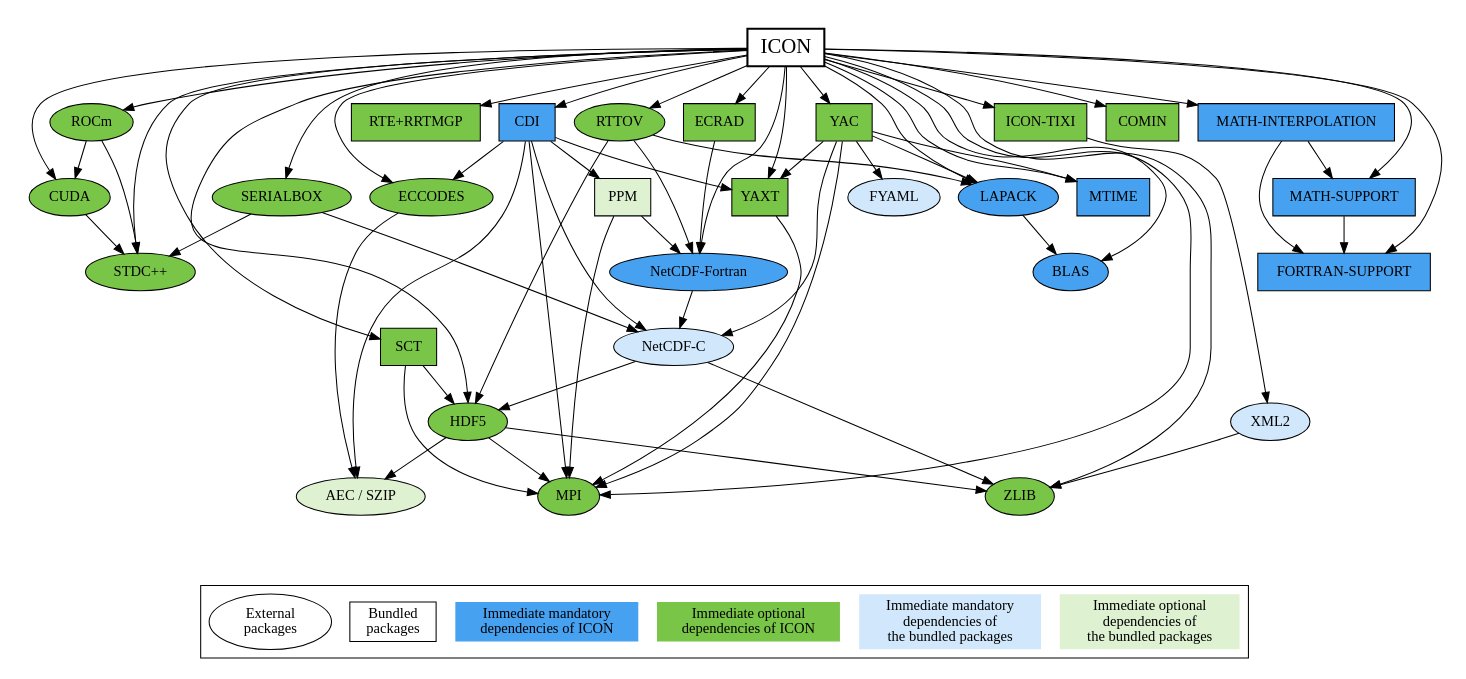
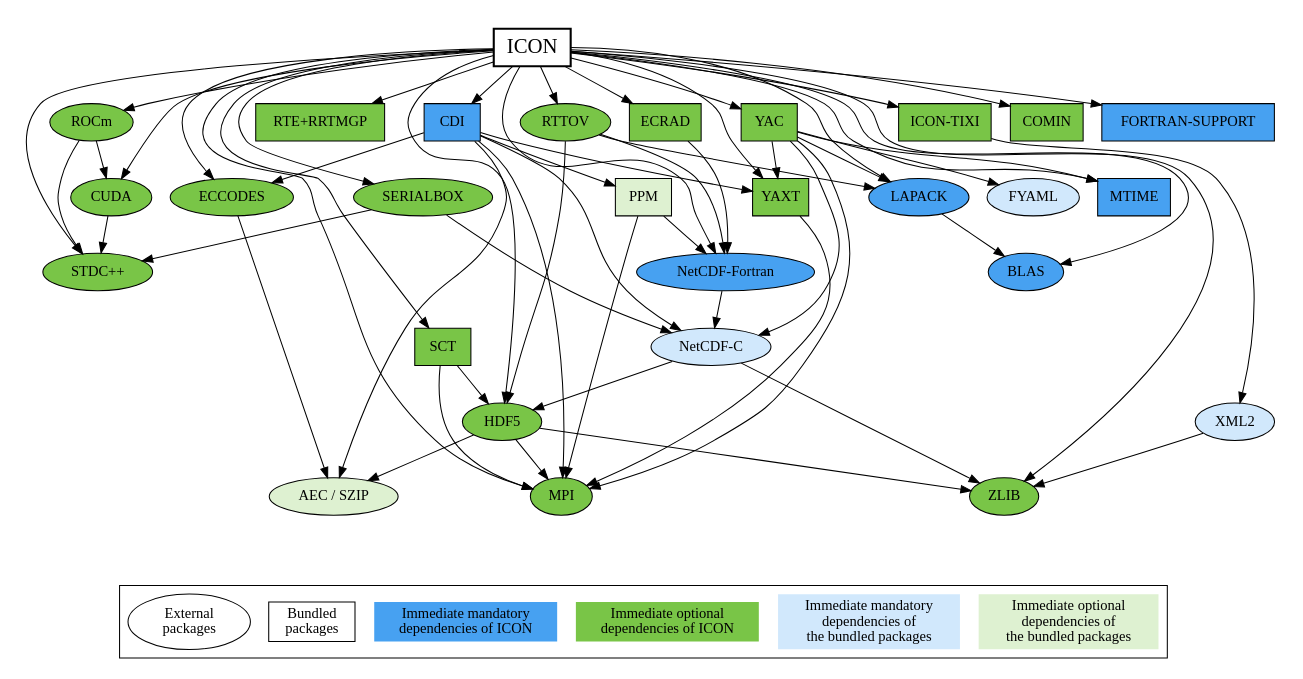
Before and after one commit to leuty/icon-model: the diagram in doc/config/icon-config-doc-depgraph.dot, drawn with Graphviz. The commit also changed 6 other files, not shown here.

First line of the commit message:
[mpim] Quick workaround for math-support inlining with NEC

```diff
--- a/doc/config/icon-config-doc-depgraph.dot
+++ b/doc/config/icon-config-doc-depgraph.dot
@@ -1,126 +1,119 @@
 // ICON
 //
 // ---------------------------------------------------------------
 // Copyright (C) 2004-2024, DWD, MPI-M, DKRZ, KIT, ETH, MeteoSwiss
 // Contact information: icon-model.org
 // See AUTHORS.TXT for a list of authors
 // See LICENSES/ for license information
 // SPDX-License-Identifier: BSD-3-Clause
 // ---------------------------------------------------------------
 
 digraph ICON {
 
 	node [style=filled; shape=oval; fillcolor="#79C547"];
 
 	subgraph clusterMain {
 
 		graph [peripheries=0];
 
 		"ICON" [shape=box; fillcolor=white; fontsize=20; penwidth=2.0];
 		"ICON" -> {"STDC++"; "CUDA"; "ROCm"; "MPI"; "ZLIB"; "HDF5";
 			       "NetCDF-Fortran"; "RTE+RRTMGP"; "ECRAD"; "BLAS";
 			       "LAPACK"; "RTTOV"; "SCT"; "YAXT"; "ECCODES";
 			       "CDI"; "SERIALBOX"; "MTIME"; "YAC"; "ICON-TIXI";
-			       "COMIN"; "FORTRAN-SUPPORT"; "MATH-SUPPORT";
-			       "MATH-INTERPOLATION"};
+			       "COMIN"; "FORTRAN-SUPPORT"};
 
 		"STDC++";
 
 		"CUDA";
 		"CUDA" -> {"STDC++"};
 
 		"ROCm";
 		"ROCm" -> {"STDC++"; "CUDA"};
 
 		"MPI";
 
 		"ZLIB";
 
 		"HDF5";
 		"HDF5" -> {"MPI"; "ZLIB"; "AEC / SZIP"};
 
 		"NetCDF-Fortran" [shape=oval; fillcolor="#47A1F1"]
 		"NetCDF-Fortran" -> {"NetCDF-C"};
 
 		"RTE+RRTMGP" [shape=box];
 
 		"ECRAD" [shape=box];
 		"ECRAD" -> {"NetCDF-Fortran"};
 
 		"BLAS" [fillcolor="#47A1F1"];
 
 		"LAPACK" [fillcolor="#47A1F1"];
 		"LAPACK" -> {"BLAS"};
 
 		"RTTOV";
 		"RTTOV" -> {"HDF5"; "NetCDF-Fortran"; "LAPACK"};
 
 		"SCT" [shape=box];
 		"SCT" -> {"MPI"; "HDF5"};
 
 		"YAXT" [shape=box];
 		"YAXT" -> {"MPI"};
 
 		"ECCODES";
 		"ECCODES" -> {"AEC / SZIP"};
 
 		"CDI" [shape=box; fillcolor="#47A1F1"];
 		"CDI" -> {"MPI"; "YAXT"; "ECCODES"; "AEC / SZIP"; "NetCDF-C"; "PPM"};
 
 		"SERIALBOX";
 		"SERIALBOX" -> {"STDC++"; "NetCDF-C"};
 
 		"MTIME" [shape=box; fillcolor="#47A1F1"];
 
 		"YAC" [shape=box];
 		"YAC" -> {"MPI"; "LAPACK"; "YAXT"; "MTIME"; "NetCDF-C"; "FYAML"};
 
 		"ICON-TIXI" [shape=box];
 		"ICON-TIXI" -> {"XML2"};
 
 		"COMIN" [shape=box];
 
 		"FORTRAN-SUPPORT" [shape=box; fillcolor="#47A1F1"];
 
-		"MATH-SUPPORT" [shape=box; fillcolor="#47A1F1"];
-		"MATH-SUPPORT" -> {"FORTRAN-SUPPORT"};
-
-		"MATH-INTERPOLATION" [shape=box; fillcolor="#47A1F1"];
-		"MATH-INTERPOLATION" -> {"FORTRAN-SUPPORT"; "MATH-SUPPORT"};
-
 		"AEC / SZIP" [fillcolor="#DEF1D1"];
 		"AEC / SZIP";
 
 		"NetCDF-C" [fillcolor="#D1E8FC"];
 		"NetCDF-C" -> {"ZLIB"; "HDF5"};
 
 		"PPM" [shape=box; fillcolor="#DEF1D1"];
 		"PPM" -> {"MPI"; "NetCDF-Fortran"};
 
 		"FYAML" [fillcolor="#D1E8FC"];
 		"FYAML";
 
 		"XML2" [fillcolor="#D1E8FC"];
 		"XML2" -> {"ZLIB"};
 
 		{
 			rank=sink;
 			bottomNode [shape=point; style=invis];
 		}
 	}
 
 	subgraph clusterLegend {
 		{
 			rank=same;
 			external -> bundled -> mandatoryIcon -> optionalIcon -> mandatoryBundled -> optionalBundled [style=invis];
 			external [label="External\npackages"; fillcolor=white];
 			bundled [label="Bundled\npackages"; shape=box; fillcolor=white];
 			mandatoryIcon [label="Immediate mandatory\ndependencies of ICON"; shape=plaintext; fillcolor="#47A1F1"];
 			optionalIcon [label="Immediate optional\ndependencies of ICON"; shape=plaintext];
 			mandatoryBundled [label="Immediate mandatory\ndependencies of\nthe bundled packages"; shape=plaintext; fillcolor="#D1E8FC"];
 			optionalBundled [label="Immediate optional\ndependencies of\nthe bundled packages"; shape=plaintext; fillcolor="#DEF1D1"];
 		}
 	}
 
 	bottomNode -> external:nw [style=invis];
 }
```
